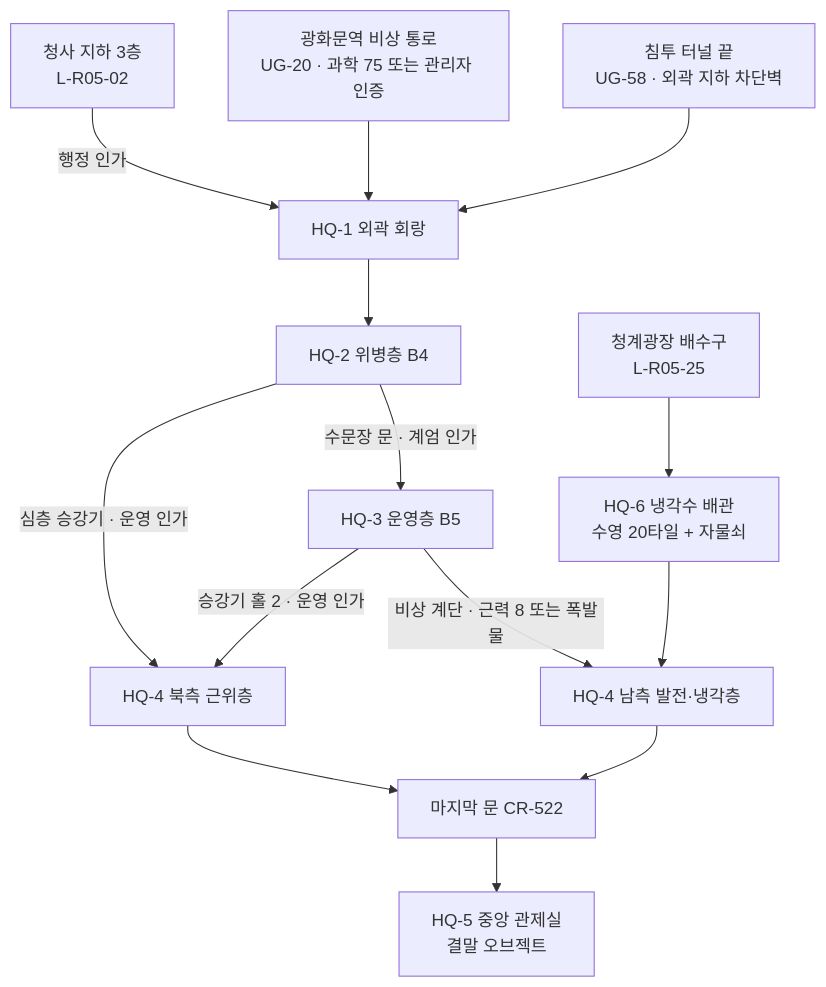
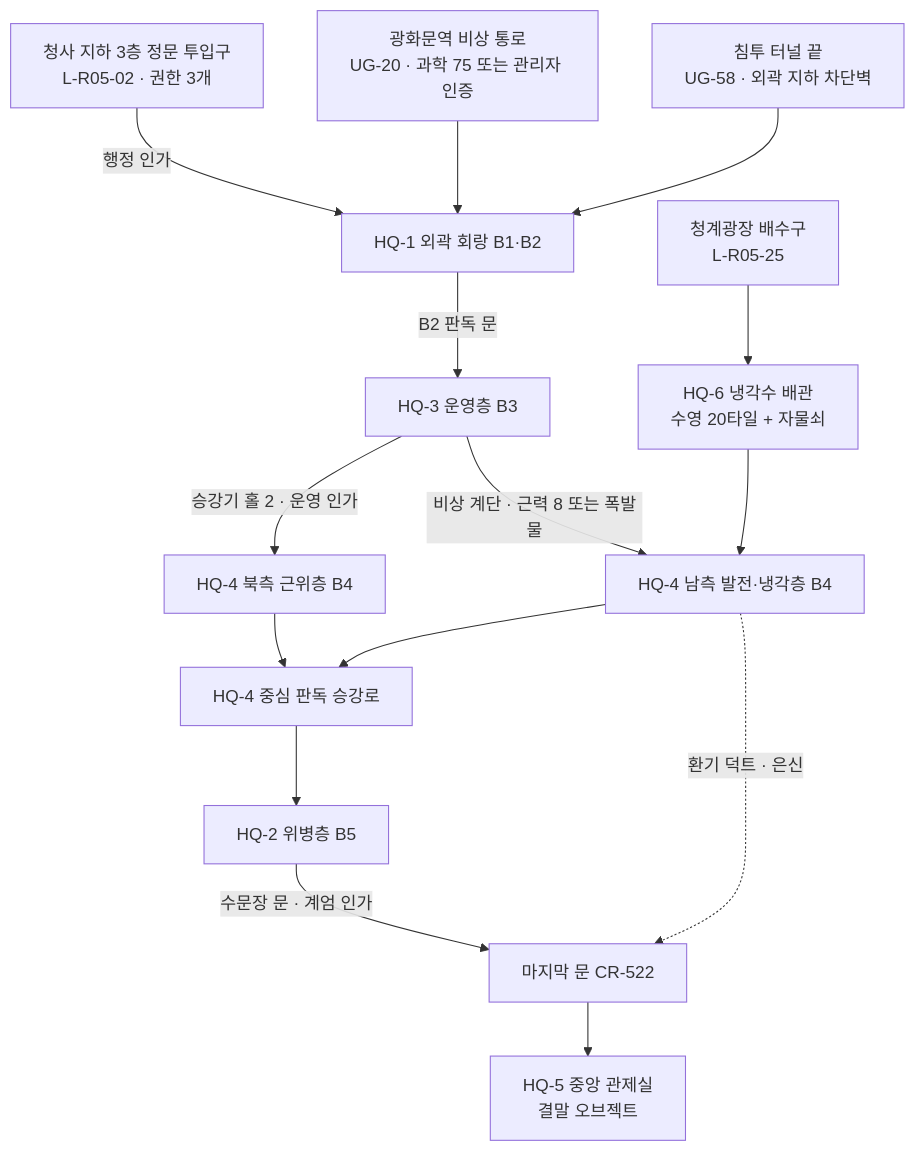
The second of 2 diagrams in docs/seoul-fallout/09c_locations-r05-r06.md (forsurvive/003), drawn with Mermaid before and after one commit. The commit also changed other lines of this file, not shown here.

````diff
--- a/docs/seoul-fallout/09c_locations-r05-r06.md
+++ b/docs/seoul-fallout/09c_locations-r05-r06.md
@@ -360,16 +372,17 @@
 ```mermaid
 flowchart TD
-  CH["청사 지하 3층<br/>L-R05-02"] -->|"행정 인가"| H1["HQ-1 외곽 회랑"]
+  CH["청사 지하 3층 정문 투입구<br/>L-R05-02 · 권한 3개"] -->|"행정 인가"| H1["HQ-1 외곽 회랑 B1·B2"]
   ST["광화문역 비상 통로<br/>UG-20 · 과학 75 또는 관리자 인증"] --> H1
   TN["침투 터널 끝<br/>UG-58 · 외곽 지하 차단벽"] --> H1
-  H1 --> H2["HQ-2 위병층 B4"]
-  H2 -->|"수문장 문 · 계엄 인가"| H3["HQ-3 운영층 B5"]
-  H2 -->|"심층 승강기 · 운영 인가"| H4N["HQ-4 북측 근위층"]
-  H3 -->|"승강기 홀 2 · 운영 인가"| H4N
-  H3 -->|"비상 계단 · 근력 8 또는 폭발물"| H4S["HQ-4 남측 발전·냉각층"]
+  H1 -->|"B2 판독 문"| H3["HQ-3 운영층 B3"]
+  H3 -->|"승강기 홀 2 · 운영 인가"| H4N["HQ-4 북측 근위층 B4"]
+  H3 -->|"비상 계단 · 근력 8 또는 폭발물"| H4S["HQ-4 남측 발전·냉각층 B4"]
   CG["청계광장 배수구<br/>L-R05-25"] --> H6["HQ-6 냉각수 배관<br/>수영 20타일 + 자물쇠"]
   H6 --> H4S
-  H4N --> GATE["마지막 문 CR-522"]
-  H4S --> GATE
+  H4N --> LIFT["HQ-4 중심 판독 승강로"]
+  H4S --> LIFT
+  LIFT --> H2["HQ-2 위병층 B5"]
+  H2 -->|"수문장 문 · 계엄 인가"| GATE["마지막 문 CR-522"]
+  H4S -.->|"환기 덕트 · 은신"| GATE
   GATE --> H5["HQ-5 중앙 관제실<br/>결말 오브젝트"]
 ```
````
